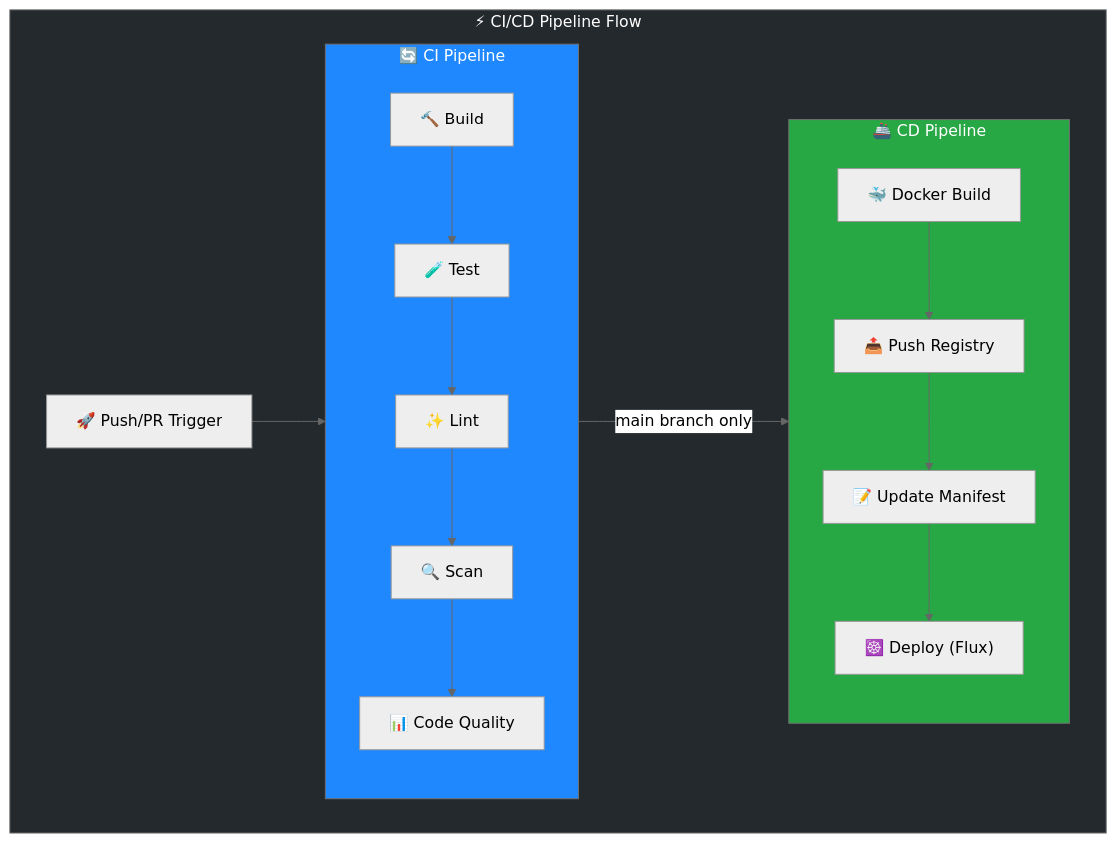
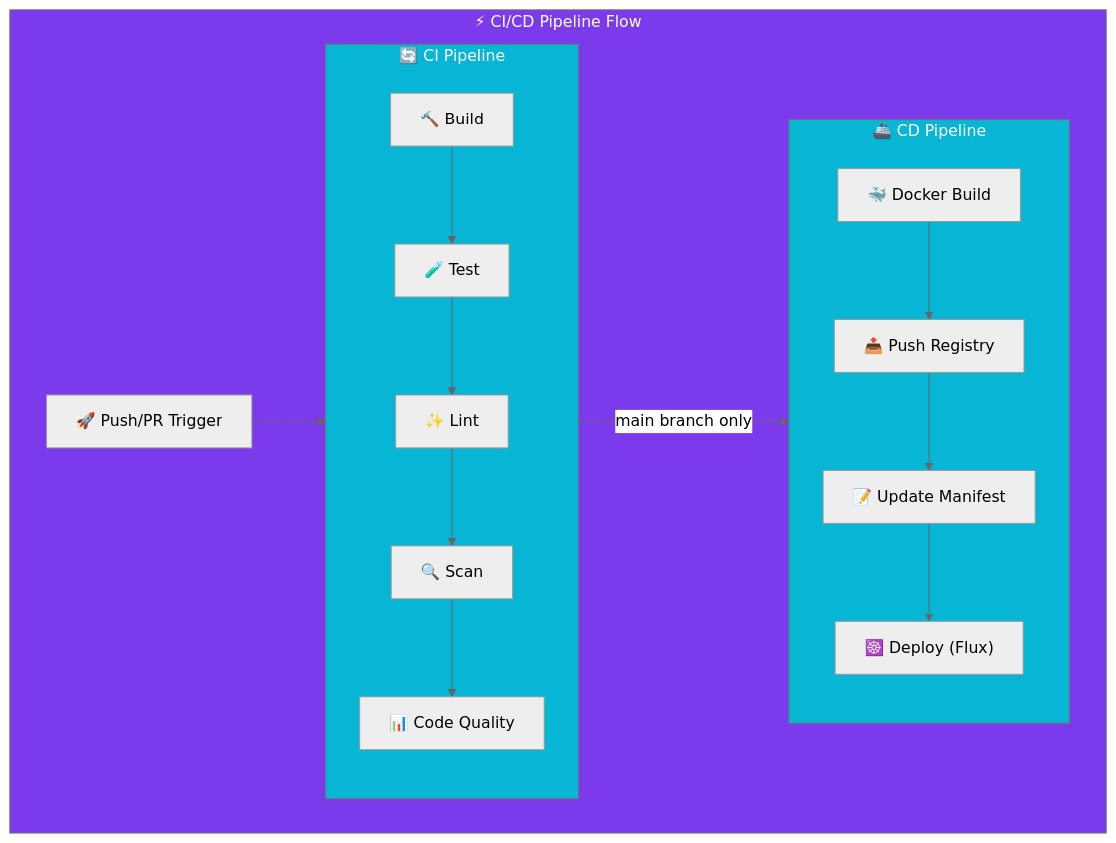
One commit to viktorrobin/bluerobin-blog changed the diagram in src/content/blog/github-actions-cicd-dotnet.mdx. Above: the diagram before and after it, drawn with Mermaid (neutral theme). The commit also changed other lines of this file and 127 other files, not shown here.

````diff
--- a/src/content/blog/github-actions-cicd-dotnet.mdx
+++ b/src/content/blog/github-actions-cicd-dotnet.mdx
@@ -24,22 +26,26 @@
 ```mermaid
 flowchart TB
     subgraph Pipeline["⚡ CI/CD Pipeline Flow"]
         Trigger["🚀 Push/PR Trigger"]
         
         subgraph CI["🔄 CI Pipeline"]
             Build["🔨 Build"] --> Test["🧪 Test"] --> Lint["✨ Lint"] --> Scan["🔍 Scan"] --> Quality["📊 Code Quality"]
         end
         
         Trigger --> CI
         
         CI -->|"main branch only"| CD
         
         subgraph CD["🚢 CD Pipeline"]
             Docker["🐳 Docker Build"] --> Push["📤 Push Registry"] --> Manifest["📝 Update Manifest"] --> Deploy["☸️ Deploy (Flux)"]
         end
     end
 
-    style Pipeline fill:#24292e,color:#fff
-    style CI fill:#2088ff,color:#fff
-    style CD fill:#28a745,color:#fff
+    classDef primary fill:#7c3aed,color:#fff
+    classDef secondary fill:#06b6d4,color:#fff
+    classDef db fill:#f43f5e,color:#fff
+    classDef warning fill:#fbbf24,color:#000
+
+    class Pipeline primary
+    class CI,CD secondary
 ```
````
